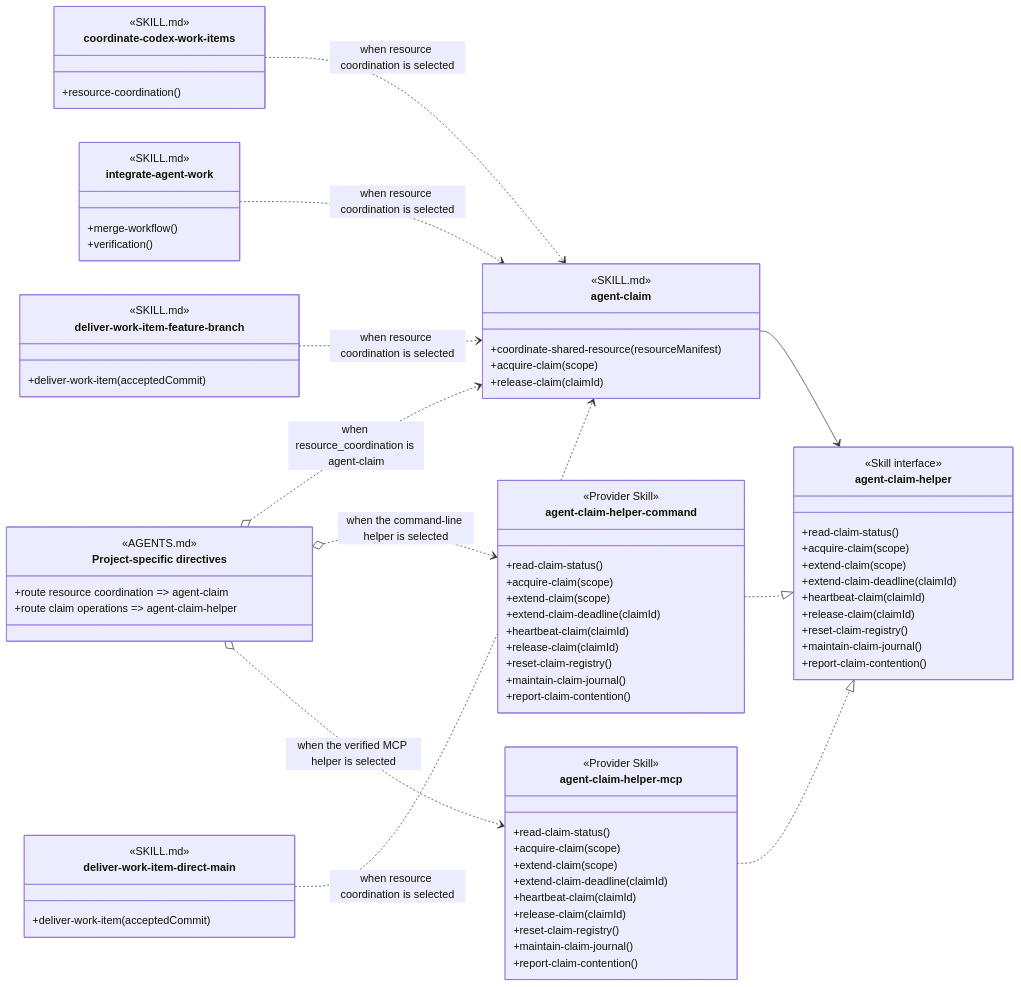
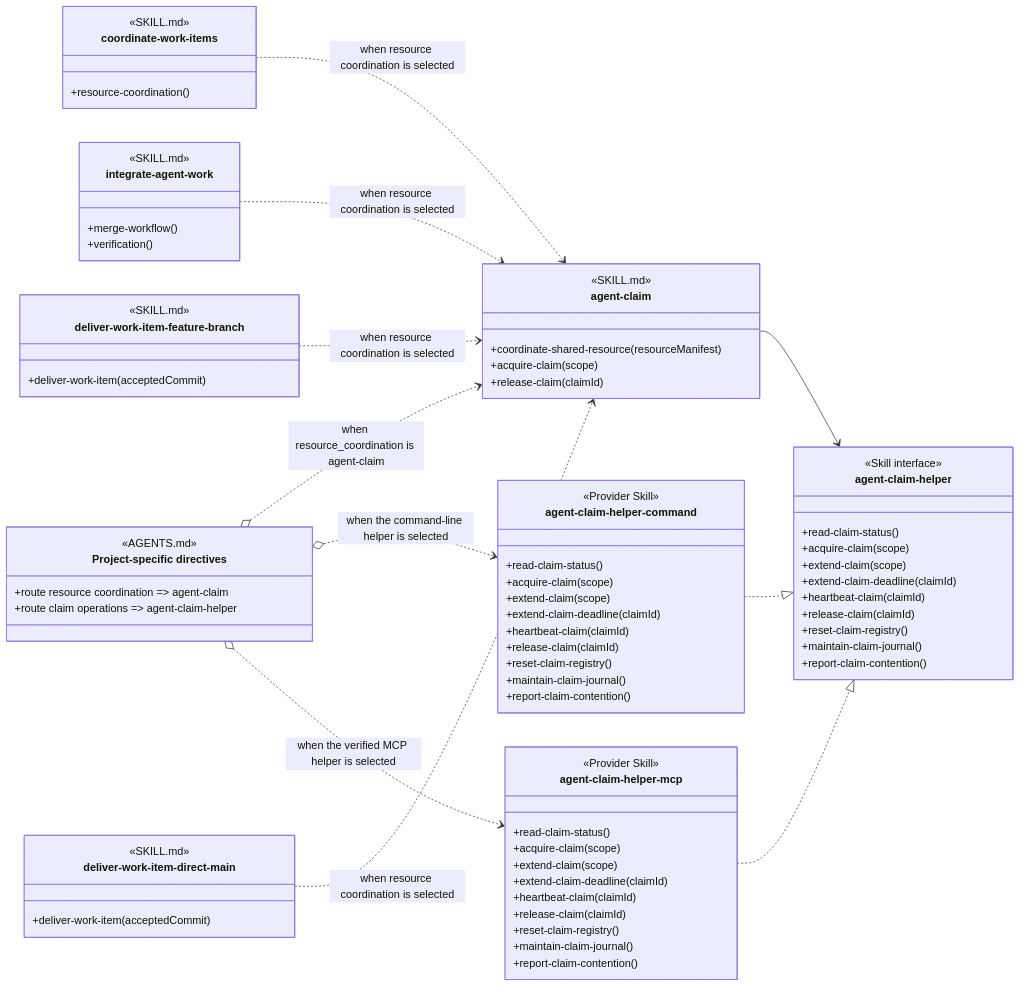
One commit to martinbechard/dev-methodology changed the fifth of 6 diagrams in design/skill-groups/concurrent-tasking.md. Above: the diagram before and after it, drawn with Mermaid. The commit also changed other lines of this file and 59 other files, not shown here.

First line of the commit message:
Integrate portable work-item coordination split

```diff
--- a/design/skill-groups/concurrent-tasking.md
+++ b/design/skill-groups/concurrent-tasking.md
@@ -346,7 +346,7 @@
 classDiagram
     direction LR
 
-    class coordinate-codex-work-items {
+    class coordinate-work-items {
         <<SKILL.md>>
         <<Agent Skill>>
         +resource-coordination()
@@ -425,7 +425,7 @@
     project-specific-directives o..> agent-claim : when resource_coordination is agent-claim
     project-specific-directives o..> agent-claim-helper-command : when the command-line helper is selected
     project-specific-directives o..> agent-claim-helper-mcp : when the verified MCP helper is selected
-    coordinate-codex-work-items ..> agent-claim : when resource coordination is selected
+    coordinate-work-items ..> agent-claim : when resource coordination is selected
     integrate-agent-work ..> agent-claim : when resource coordination is selected
     deliver-work-item-feature-branch ..> agent-claim : when resource coordination is selected
     deliver-work-item-direct-main ..> agent-claim : when resource coordination is selected
```
